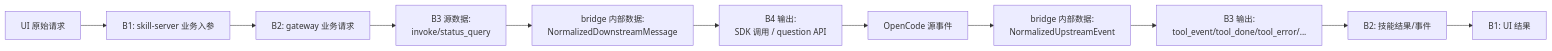
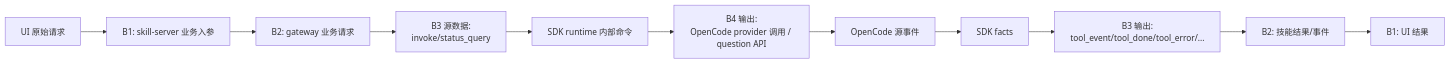
Before and after one commit to yuzhangCZ/agent-plugin: the second of 6 diagrams in plugins/message-bridge/docs/design/interfaces/end-to-end-message-flow.md, drawn with Mermaid. The commit also changed other lines of this file and 90 other files, not shown here.

Commit message:
refactor(message-bridge): remove legacy runtime residue

````diff
--- a/plugins/message-bridge/docs/design/interfaces/end-to-end-message-flow.md
+++ b/plugins/message-bridge/docs/design/interfaces/end-to-end-message-flow.md
@@ -62,13 +62,13 @@
 ```mermaid
 flowchart LR
   A["UI 原始请求"] --> B["B1: skill-server 业务入参"]
   B --> C["B2: gateway 业务请求"]
   C --> D["B3 源数据:\ninvoke/status_query"]
-  D --> E["bridge 内部数据:\nNormalizedDownstreamMessage"]
-  E --> F["B4 输出:\nSDK 调用 / question API"]
+  D --> E["SDK runtime 内部命令"]
+  E --> F["B4 输出:\nOpenCode provider 调用 / question API"]
   F --> G["OpenCode 源事件"]
-  G --> H["bridge 内部数据:\nNormalizedUpstreamEvent"]
+  G --> H["SDK facts"]
   H --> I["B3 输出:\ntool_event/tool_done/tool_error/..."]
   I --> J["B2: 技能结果/事件"]
   J --> K["B1: UI 结果"]
 ```
````
